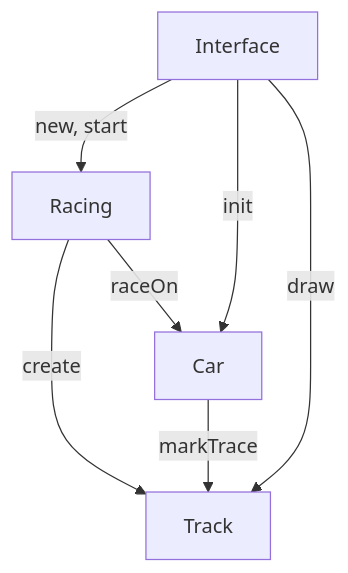
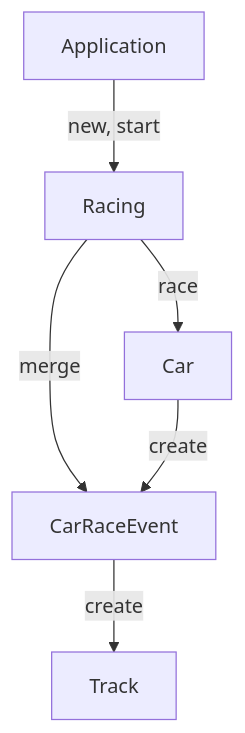
Before and after one commit to next-step/kotlin-racingcar: the diagram in src/main/kotlin/camp/nextstep/edu/racingcar/README.md, drawn with Mermaid. The commit also changed 11 other files, not shown here.

````diff
--- a/src/main/kotlin/camp/nextstep/edu/racingcar/README.md
+++ b/src/main/kotlin/camp/nextstep/edu/racingcar/README.md
@@ -24,9 +24,8 @@
 ```mermaid
 graph TD
-    Interface --> |new, start| Racing
-    Interface --> |init| Car
-    Interface --> |draw| Track
-    Racing -->|create| Track
-    Racing -->|raceOn| Car
-    Car --> |markTrace| Track
+    Application --> |new, start| Racing
+    Racing -->|race| Car
+    Racing -->|merge| CarRaceEvent
+    Car --> |create| CarRaceEvent
+    CarRaceEvent --> |create| Track
 ```
````
